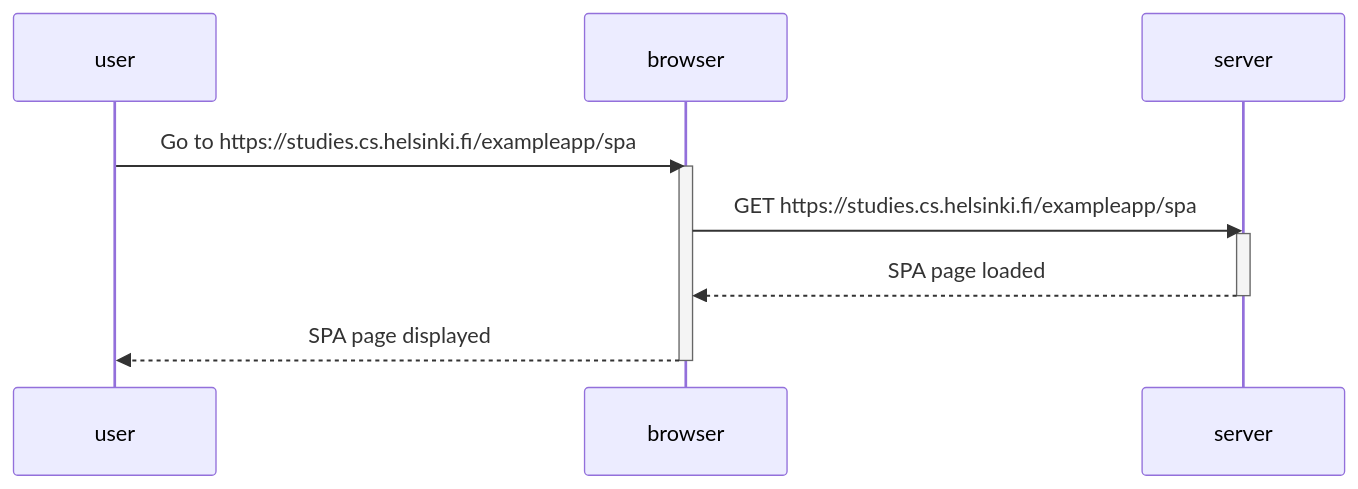
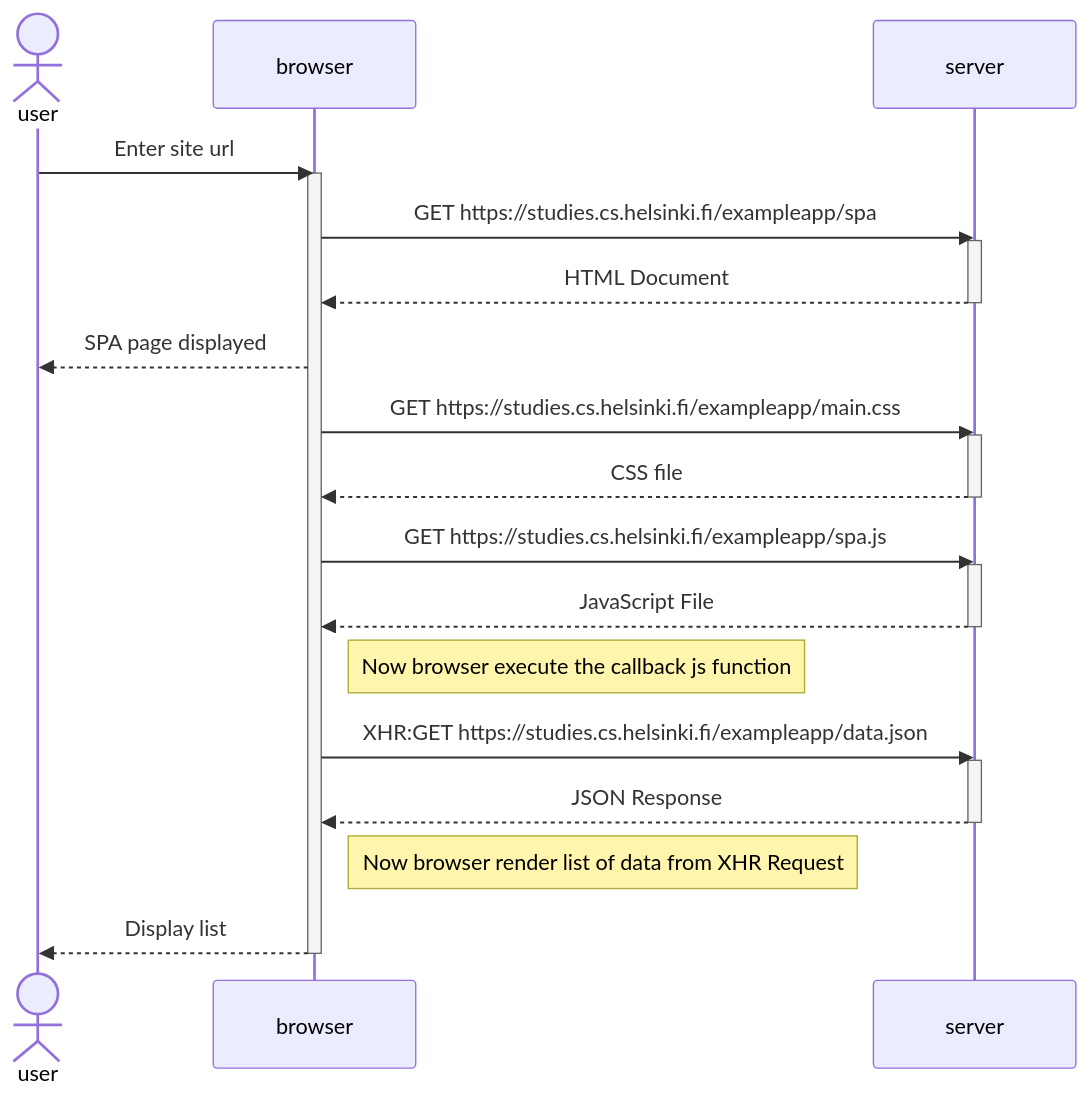
Before and after one commit to il4mb/fullstackopen: the diagram in osa0/0.5.md, drawn with Mermaid. The commit also changed other lines of this file and 3 other files, not shown here.

````diff
--- a/osa0/0.5.md
+++ b/osa0/0.5.md
@@ -3,17 +3,39 @@
 ```mermaid
 sequenceDiagram
-    participant user
+    actor user
     participant browser
     participant server
 
-    user->>browser: Go to https://studies.cs.helsinki.fi/exampleapp/spa
+    user->>browser: Enter site url
     activate browser
 
     browser->>server: GET https://studies.cs.helsinki.fi/exampleapp/spa
     activate server
-    server-->>browser: SPA page loaded
+    server-->>browser: HTML Document
     deactivate server
 
     browser-->>user: SPA page displayed
+
+    browser->>server: GET https://studies.cs.helsinki.fi/exampleapp/main.css
+    activate server
+    server-->>browser: CSS file 
+    deactivate server
+
+    browser->>server: GET https://studies.cs.helsinki.fi/exampleapp/spa.js
+    activate server
+    server-->>browser: JavaScript File
+    deactivate server
+
+    Note right of browser: Now browser execute the callback js function
+
+    browser->>server: XHR:GET https://studies.cs.helsinki.fi/exampleapp/data.json
+    activate server
+    server-->>browser: JSON Response
+    deactivate server
+
+    Note right of browser: Now browser render list of data from XHR Request
+
+    browser-->>user: Display list
     deactivate browser
+
 ```
````
